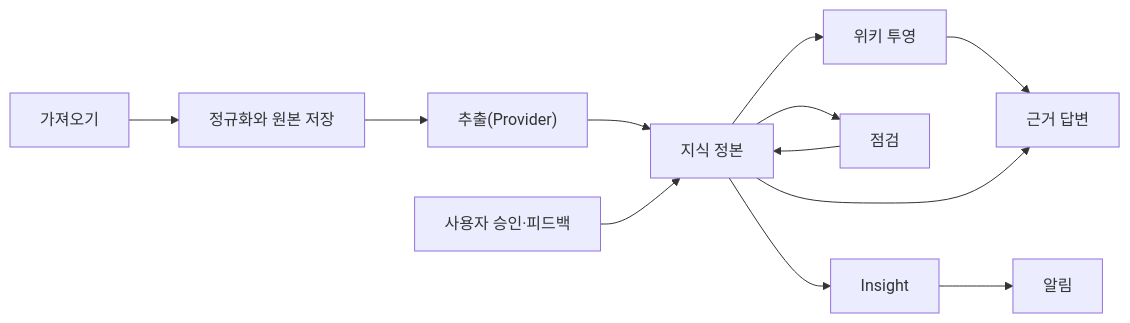
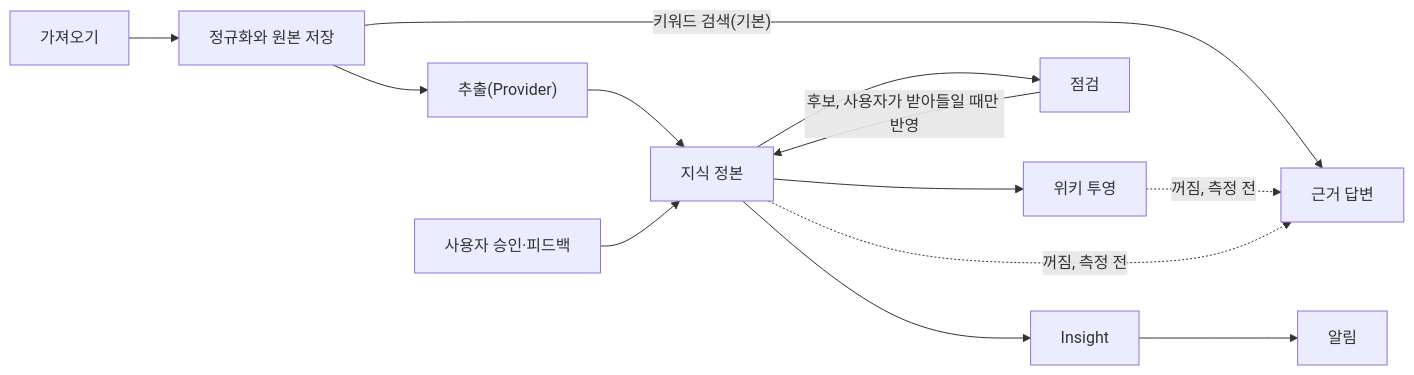
One commit to nohdol97/PKI changed the diagram in README.md. Above: the diagram before and after it, drawn with Mermaid. The commit also changed other lines of this file, not shown here.

````diff
--- a/README.md
+++ b/README.md
@@ -202,14 +223,15 @@
 ```mermaid
 flowchart LR
   IMP["가져오기"] --> NOR["정규화와 원본 저장"]
   NOR --> EXT["추출(Provider)"]
   EXT --> KNW["지식 정본"]
   KNW --> WIK["위키 투영"]
   KNW --> REF["점검"]
-  REF --> KNW
+  REF -->|"후보, 사용자가 받아들일 때만 반영"| KNW
   KNW --> INS["Insight"]
   INS --> NTF["알림"]
   USR["사용자 승인·피드백"] --> KNW
-  WIK --> ASK["근거 답변"]
-  KNW --> ASK
+  NOR -->|"키워드 검색(기본)"| ASK["근거 답변"]
+  WIK -.->|"꺼짐, 측정 전"| ASK
+  KNW -.->|"꺼짐, 측정 전"| ASK
 ```
````
